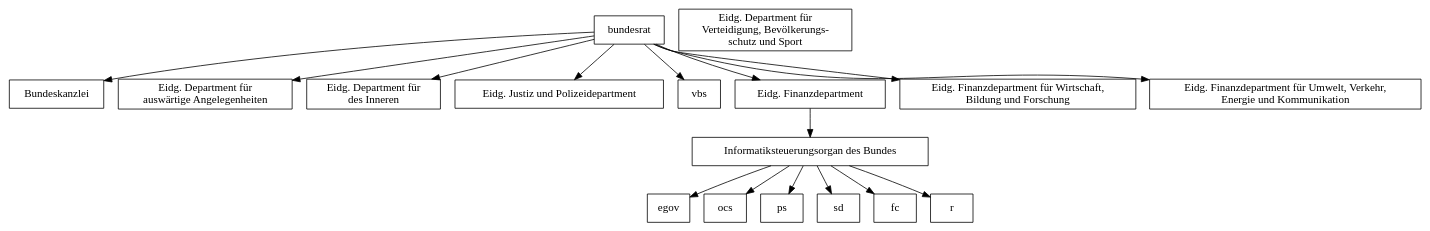
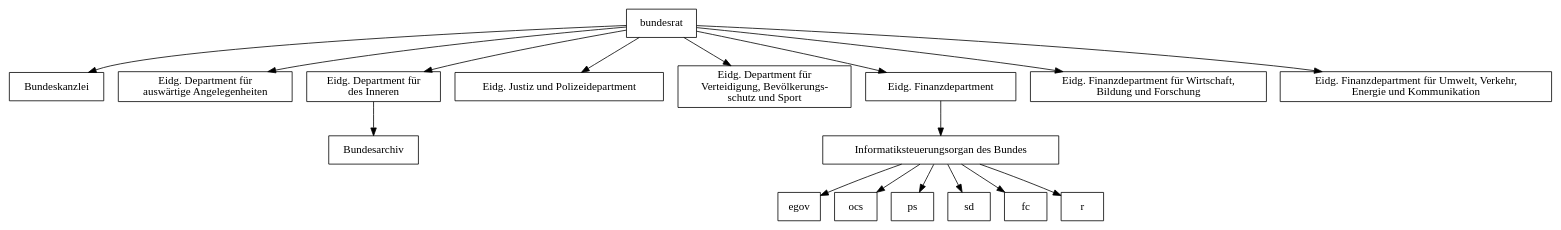
One commit to ReneNyffenegger/temp-Schweiz changed the diagram in Bundesverwaltung/Hierarchie/hierarchy.dot. Above: the diagram before and after it, drawn with Graphviz.

```diff
--- a/Bundesverwaltung/Hierarchie/hierarchy.dot
+++ b/Bundesverwaltung/Hierarchie/hierarchy.dot
@@ -1,43 +1,47 @@
 digraph {
 
   node [ shape = box ]
 
   bundesrat -> bk;
   bundesrat -> eda;
   bundesrat -> edi;
   bundesrat -> ejpd;
   bundesrat -> vbs;
   bundesrat -> efd;
   bundesrat -> wbf;
   bundesrat -> uvek;
+
+  edi -> bar;
 
   efd -> isb;
 
 
   isb -> egov;
   isb -> ocs ;
   isb -> ps  ;
   isb -> sd  ;
   isb -> fc  ;
   isb -> r   ;
 
 
 
 
 
 
   bk   [ label=Bundeskanzlei ]
   eda  [ label="Eidg. Department für\nauswärtige Angelegenheiten"                       ]
   edi  [ label="Eidg. Department für\ndes Inneren"                                      ]
   ejpd [ label="Eidg. Justiz und Polizeidepartment"                                     ]
-  vpd  [ label="Eidg. Department für\nVerteidigung, Bevölkerungs-\nschutz und Sport"    ]
+  vbs  [ label="Eidg. Department für\nVerteidigung, Bevölkerungs-\nschutz und Sport"    ]
   efd  [ label="Eidg. Finanzdepartment"                                                 ]
   wbf  [ label="Eidg. Finanzdepartment für Wirtschaft,\nBildung und Forschung"          ]
   uvek [ label="Eidg. Finanzdepartment für Umwelt, Verkehr,\nEnergie und Kommunikation" ]
+
+  bar  [ label="Bundesarchiv"                                                           ]
 
 
   isb  [ label="Informatiksteuerungsorgan des Bundes" ]
 
 
 
 }
```
